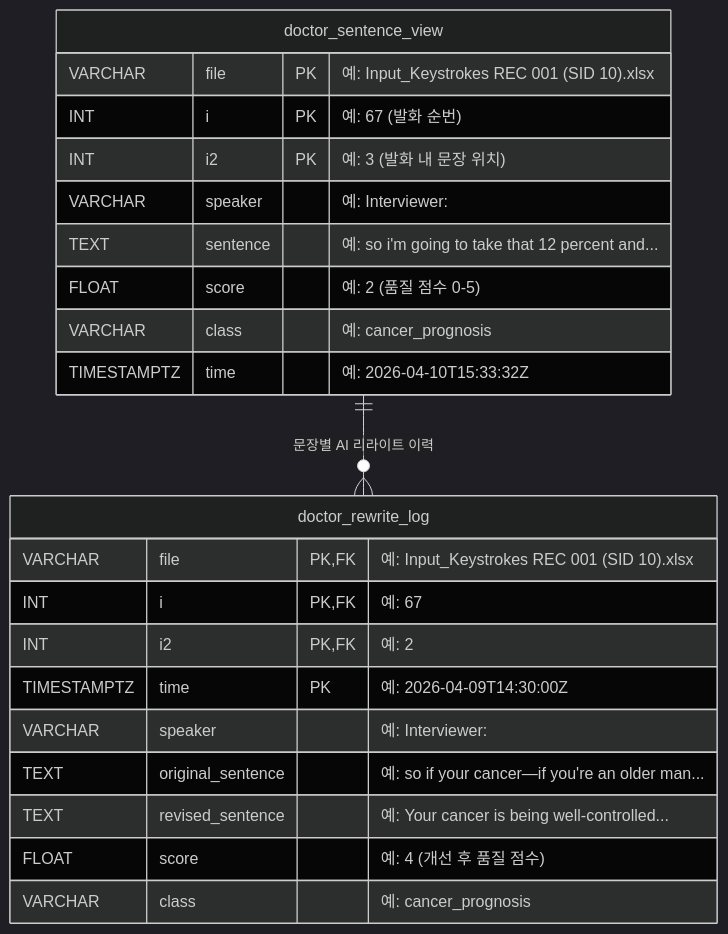
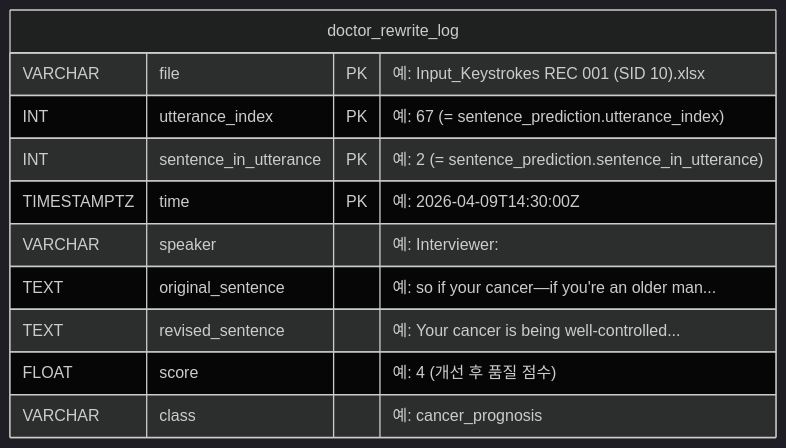
Before and after one commit to HyunjunA/Prostate_cancer_consultation: the first of 6 diagrams in app/Backend/patient_doctor_interface_erd_v3_kr.md, drawn with Mermaid (dark theme). The commit also changed other lines of this file and 18 other files, not shown here.

````diff
--- a/app/Backend/patient_doctor_interface_erd_v3_kr.md
+++ b/app/Backend/patient_doctor_interface_erd_v3_kr.md
@@ -7,27 +7,14 @@
 ```mermaid
 erDiagram
-    doctor_sentence_view {
+    doctor_rewrite_log {
         VARCHAR file PK "예: Input_Keystrokes REC 001 (SID 10).xlsx"
-        INT i PK "예: 67 (발화 순번)"
-        INT i2 PK "예: 3 (발화 내 문장 위치)"
-        VARCHAR speaker "예: Interviewer:"
-        TEXT sentence "예: so i'm going to take that 12 percent and..."
-        FLOAT score "예: 2 (품질 점수 0-5)"
-        VARCHAR class "예: cancer_prognosis"
-        TIMESTAMPTZ time "예: 2026-04-10T15:33:32Z"
-    }
-
-    doctor_rewrite_log {
-        VARCHAR file PK,FK "예: Input_Keystrokes REC 001 (SID 10).xlsx"
-        INT i PK,FK "예: 67"
-        INT i2 PK,FK "예: 2"
+        INT utterance_index PK "예: 67 (= sentence_prediction.utterance_index)"
+        INT sentence_in_utterance PK "예: 2 (= sentence_prediction.sentence_in_utterance)"
         TIMESTAMPTZ time PK "예: 2026-04-09T14:30:00Z"
         VARCHAR speaker "예: Interviewer:"
         TEXT original_sentence "예: so if your cancer—if you're an older man..."
         TEXT revised_sentence "예: Your cancer is being well-controlled..."
         FLOAT score "예: 4 (개선 후 품질 점수)"
         VARCHAR class "예: cancer_prognosis"
     }
-
-    doctor_sentence_view ||--o{ doctor_rewrite_log : "문장별 AI 리라이트 이력"
 ```
````
